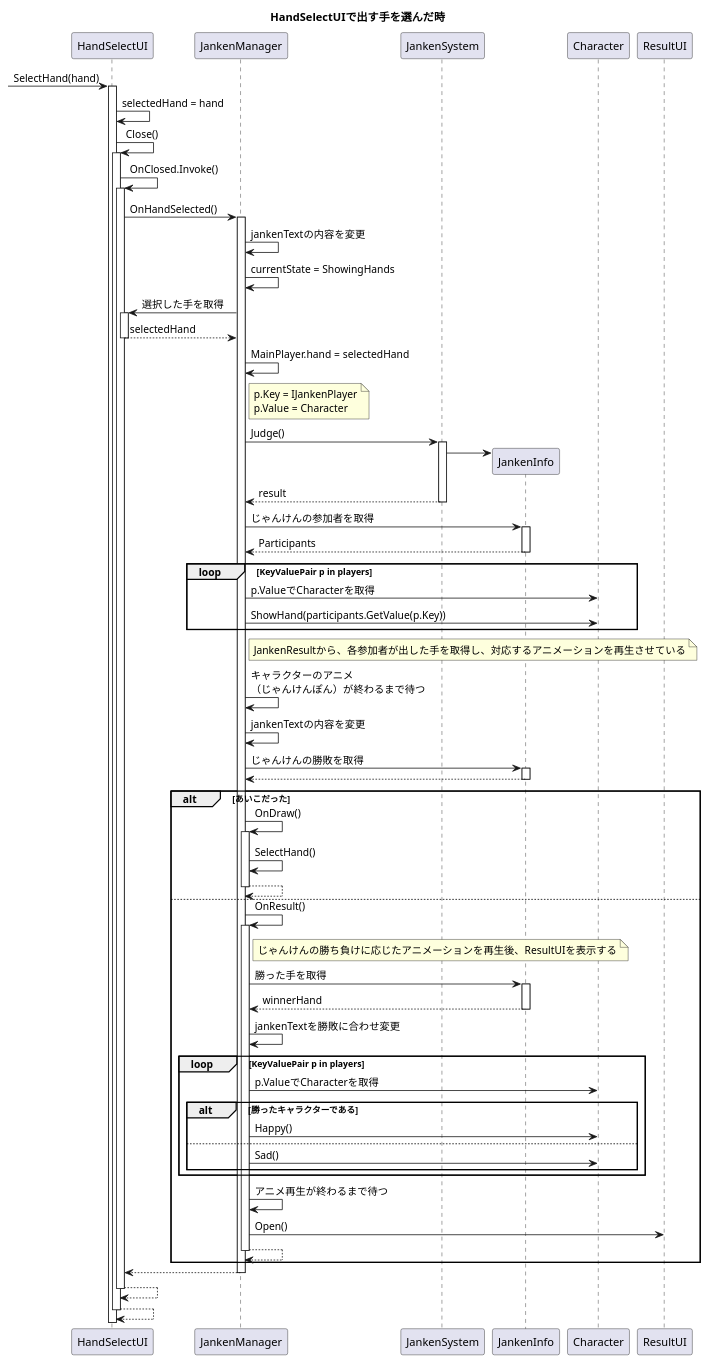
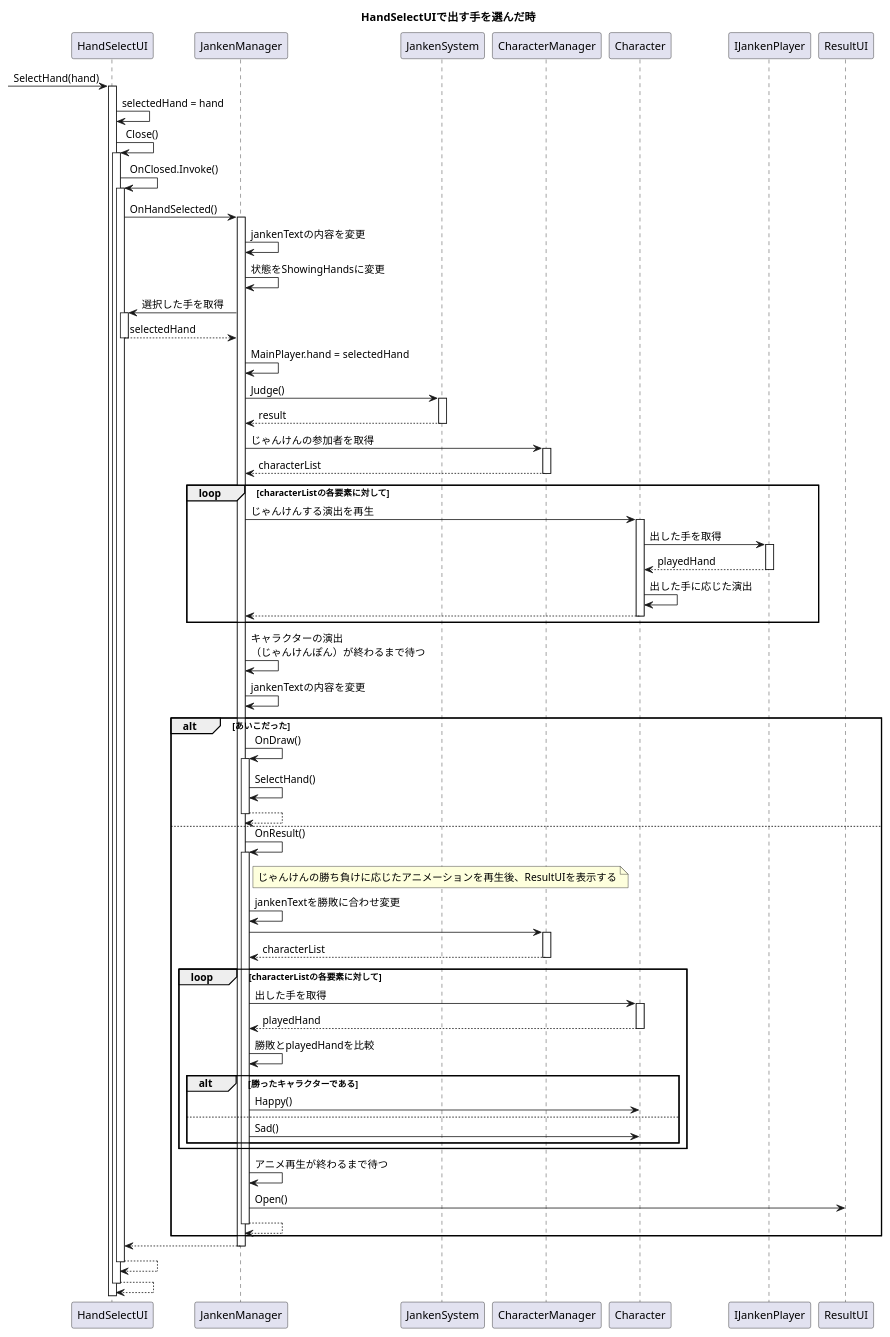
Before and after one commit to doragonn777/Minigames: the seventh of 11 diagrams in UML/Sequence/GameSequence.wsd, drawn with PlantUML. The commit also changed other lines of this file and 1 other file, not shown here.

```diff
--- a/UML/Sequence/GameSequence.wsd
+++ b/UML/Sequence/GameSequence.wsd
@@ -159,84 +164,93 @@
 @startuml
 title HandSelectUIで出す手を選んだ時
 autoactivate on
 
 -> HandSelectUI : SelectHand(hand)
 
 autoactivate off
 HandSelectUI -> HandSelectUI : selectedHand = hand
 
 autoactivate on
 HandSelectUI -> HandSelectUI : Close()
 HandSelectUI -> HandSelectUI : OnClosed.Invoke()
 
 HandSelectUI -> JankenManager : OnHandSelected()
 
 autoactivate off
 JankenManager -> JankenManager : jankenTextの内容を変更
-JankenManager -> JankenManager : currentState = ShowingHands
+JankenManager -> JankenManager : 状態をShowingHandsに変更
 autoactivate on
 
 JankenManager -> HandSelectUI : 選択した手を取得
 return selectedHand
 
 autoactivate off
 JankenManager -> JankenManager : MainPlayer.hand = selectedHand
 autoactivate on
 
-note right of JankenManager : p.Key = IJankenPlayer\np.Value = Character
-
 JankenManager -> JankenSystem : Judge()
-JankenSystem -> JankenInfo **
 return result
 
-JankenManager -> JankenInfo : じゃんけんの参加者を取得
-return Participants
+JankenManager -> CharacterManager : じゃんけんの参加者を取得
+return characterList
 
-loop KeyValuePair p in players
+loop characterListの各要素に対して
 autoactivate off
-JankenManager -> Character : p.ValueでCharacterを取得
-JankenManager -> Character : ShowHand(participants.GetValue(p.Key))
+JankenManager -> Character : じゃんけんする演出を再生
+activate Character
+Character -> IJankenPlayer : 出した手を取得
+activate IJankenPlayer
+IJankenPlayer --> Character : playedHand
+deactivate IJankenPlayer
+Character -> Character : 出した手に応じた演出
+Character --> JankenManager
+deactivate Character
 end
-note right of JankenManager : JankenResultから、各参加者が出した手を取得し、対応するアニメーションを再生させている
 
-JankenManager -> JankenManager : キャラクターのアニメ\n（じゃんけんぽん）が終わるまで待つ
+JankenManager -> JankenManager : キャラクターの演出\n（じゃんけんぽん）が終わるまで待つ
 JankenManager -> JankenManager : jankenTextの内容を変更
 autoactivate on
-JankenManager -> JankenInfo : じゃんけんの勝敗を取得
-return
+
 
 alt あいこだった
 JankenManager -> JankenManager : OnDraw()
 autoactivate off
 JankenManager -> JankenManager : SelectHand()
 autoactivate on
 return
 
 else
 JankenManager -> JankenManager : OnResult()
 note right of JankenManager : じゃんけんの勝ち負けに応じたアニメーションを再生後、ResultUIを表示する
-JankenManager -> JankenInfo : 勝った手を取得
-return winnerHand
+
 
 autoactivate off
 JankenManager -> JankenManager : jankenTextを勝敗に合わせ変更
 autoactivate on
 
-loop KeyValuePair p in players
+JankenManager -> CharacterManager
+return characterList
+loop characterListの各要素に対して
 autoactivate off
-JankenManager -> Character : p.ValueでCharacterを取得
+JankenManager -> Character : 出した手を取得
+activate Character
+Character --> JankenManager : playedHand
+deactivate Character
+
+JankenManager -> JankenManager : 勝敗とplayedHandを比較
+
 alt 勝ったキャラクターである
 JankenManager -> Character : Happy()
 else
 JankenManager -> Character : Sad()
 end
 end
 JankenManager -> JankenManager : アニメ再生が終わるまで待つ
 JankenManager -> ResultUI : Open()
 
 return
 end
 return
 return
 return
 @enduml
```
